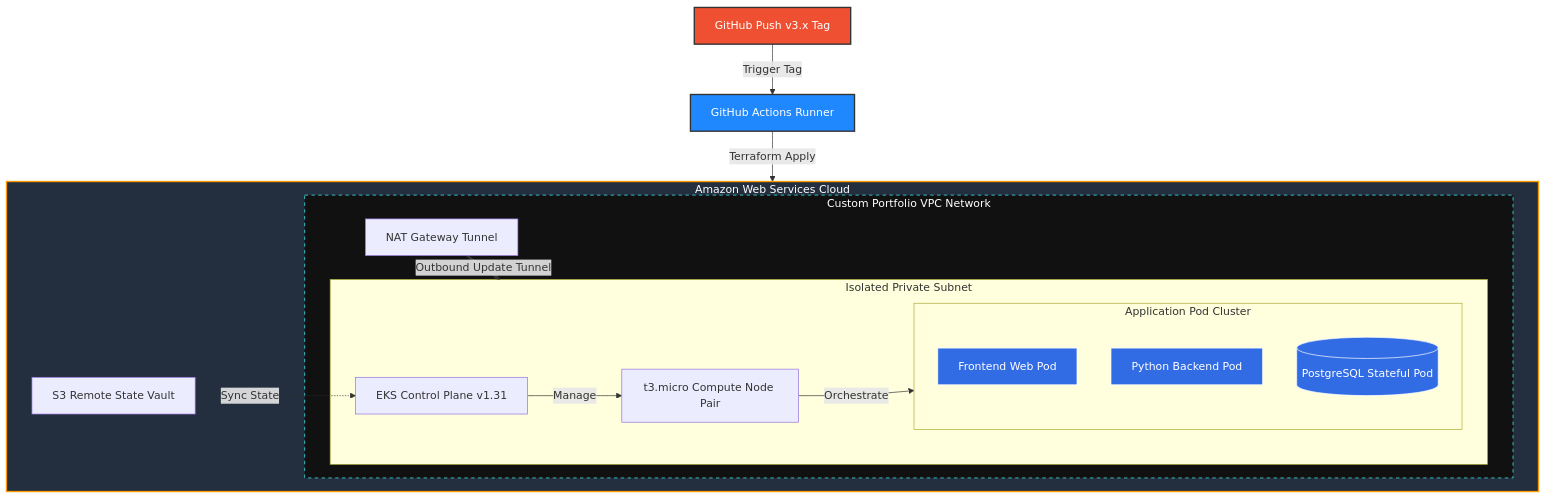
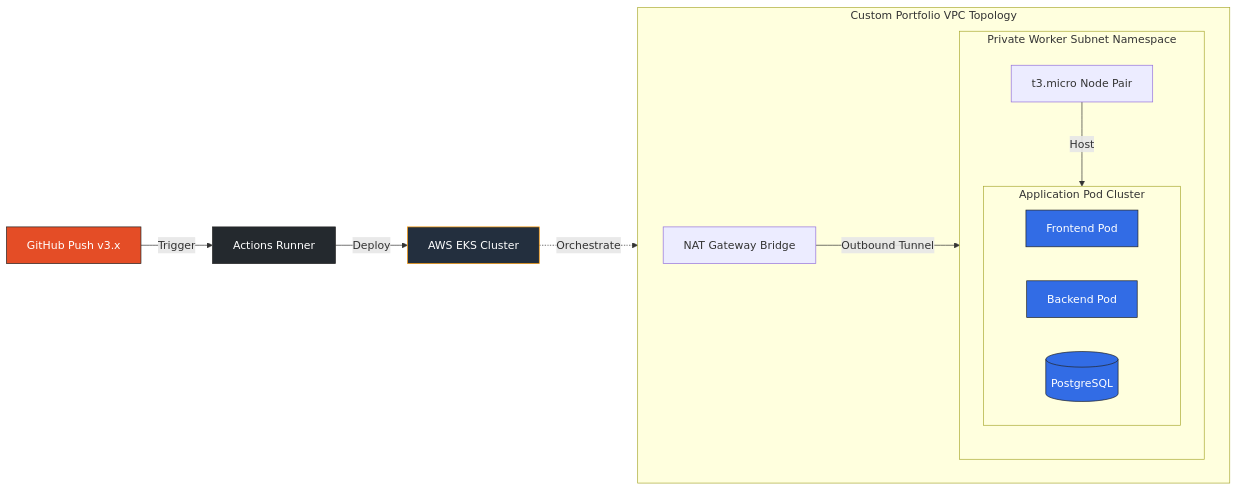
Before and after one commit to pyaephyo47/eks-portfolio: the diagram in README.md, drawn with Mermaid. The commit also changed other lines of this file, not shown here.

````diff
--- a/README.md
+++ b/README.md
@@ -10,44 +12,33 @@
 ```mermaid
-graph TD
-    %% Define Styles and Colors
-    classDef git fill:#f05032,stroke:#333,stroke-width:2px,color:#fff;
-    classDef ghA fill:#2088ff,stroke:#333,stroke-width:2px,color:#fff;
-    classDef aws fill:#232F3E,stroke:#ff9900,stroke-width:2px,color:#fff;
-    classDef vpc fill:#111,stroke:#4ff,stroke-width:1px,stroke-dasharray: 5 5,color:#fff;
-    classDef subnet fill:#222,stroke:#ff9900,stroke-width:1px,color:#fff;
-    classDef pod fill:#326ce5,stroke:#fff,stroke-width:1px,color:#fff;
+graph LR
+    %% Core Theme Architecture Styling
+    classDef git fill:#E44D26,stroke:#222,stroke-width:1px,color:#fff;
+    classDef runner fill:#24292E,stroke:#222,stroke-width:1px,color:#fff;
+    classDef aws fill:#232F3E,stroke:#FF9900,stroke-width:1px,color:#fff;
+    classDef pod fill:#326CE5,stroke:#222,stroke-width:1px,color:#fff;
 
-    %% Elements
-    Git[GitHub Push v3.x Tag]:::git -->|Trigger Tag| Actions[GitHub Actions Runner]:::ghA
-    Actions -->|Terraform Apply| AWS:::aws
+    %% Workflow Pipeline Data Tracks
+    Tag[GitHub Push v3.x]:::git -->|Trigger| Pipeline[Actions Runner]:::runner
+    Pipeline -->|Deploy| Cluster_Core[AWS EKS Cluster]:::aws
 
-    subgraph AWS [Amazon Web Services Cloud]
-        State[S3 Remote State Vault]
+    %% Embedded System Cluster Components
+    subgraph Custom_VPC [Custom Portfolio VPC Topology]
+        direction LR
+        NAT[NAT Gateway Bridge] -->|Outbound Tunnel| Private_Subnet[Private Worker Subnet]
         
-        subgraph VPC [Custom Portfolio VPC Network]
-            Gateway[NAT Gateway Tunnel]
+        subgraph Private_Subnet [Private Worker Subnet Namespace]
+            direction TB
+            Nodes[t3.micro Node Pair] -->|Host| Pods[Application Pod Cluster]
             
-            subgraph Subnet [Isolated Private Subnet]
-                EKS[EKS Control Plane v1.31]
-                Node[t3.micro Compute Node Pair]
-                
-                subgraph Pods [Application Pod Cluster]
-                    Frontend[Frontend Web Pod]:::pod
-                    Backend[Python Backend Pod]:::pod
-                    DB[(PostgreSQL Stateful Pod)]:::pod
-                end
+            subgraph Pods [Application Pod Cluster]
+                direction LR
+                Web[Frontend Pod]:::pod
+                API[Backend Pod]:::pod
+                DB[(PostgreSQL)]:::pod
             end
         end
     end
 
-    %% Apply Classes
-    class AWS aws;
-    class VPC vpc;
-    class Subnet subnet;
-    
-    %% Connections inside AWS
-    State -.->|Sync State| EKS
-    Gateway ===>|Outbound Update Tunnel| Subnet
-    EKS -->|Manage| Node
-    Node -->|Orchestrate| Pods
+    %% Network Handshake Mapping Links
+    Cluster_Core -.->|Orchestrate| Nodes
 ```
````
